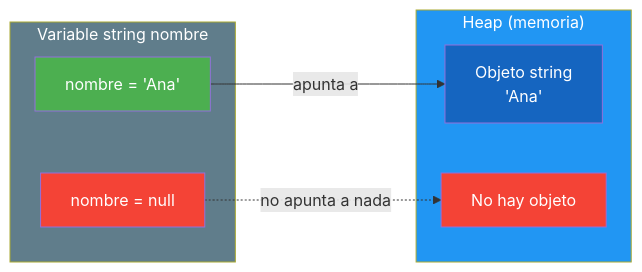
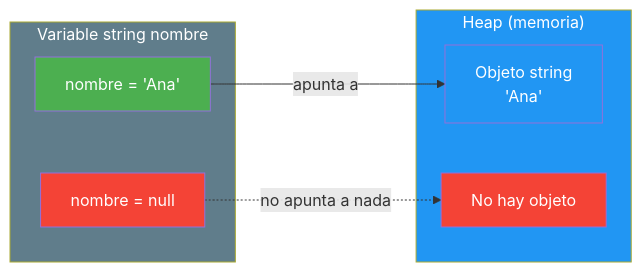
The second of 6 diagrams in 06-variables-constantes-literales.md (joseluisgs/Programacion-01-2026-2027), drawn with Mermaid before and after one commit. The commit also changed other lines of this file and 10 other files, not shown here.

````diff
--- a/06-variables-constantes-literales.md
+++ b/06-variables-constantes-literales.md
@@ -180,19 +180,19 @@
 ```mermaid
 graph LR
     subgraph VARIABLE ["Variable string nombre"]
         A["nombre = 'Ana'"]
         B["nombre = null"]
     end
     subgraph HEAP ["Heap (memoria)"]
         C["Objeto string<br/>'Ana'"]
         D["No hay objeto"]
     end
     A -->|"apunta a"| C
     B -.->|"no apunta a nada"| D
     style VARIABLE fill:#607D8B,color:#fff
     style HEAP fill:#2196F3,color:#fff
     style A fill:#4CAF50,color:#fff
     style B fill:#f44336,color:#fff
-    style C fill:#1565C0,color:#fff
+    style C fill:#2196F3,color:#fff
     style D fill:#f44336,color:#fff
 ```
````
